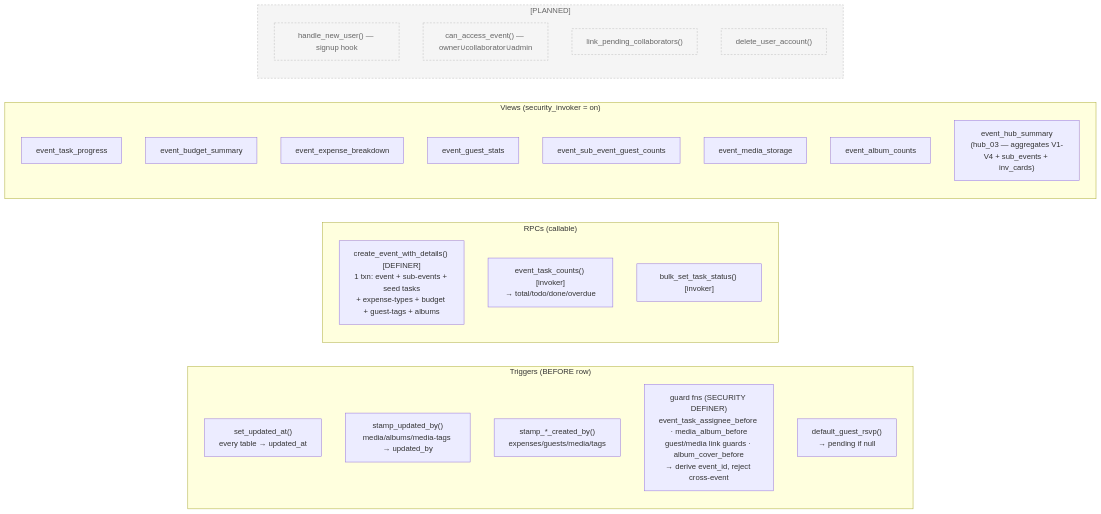
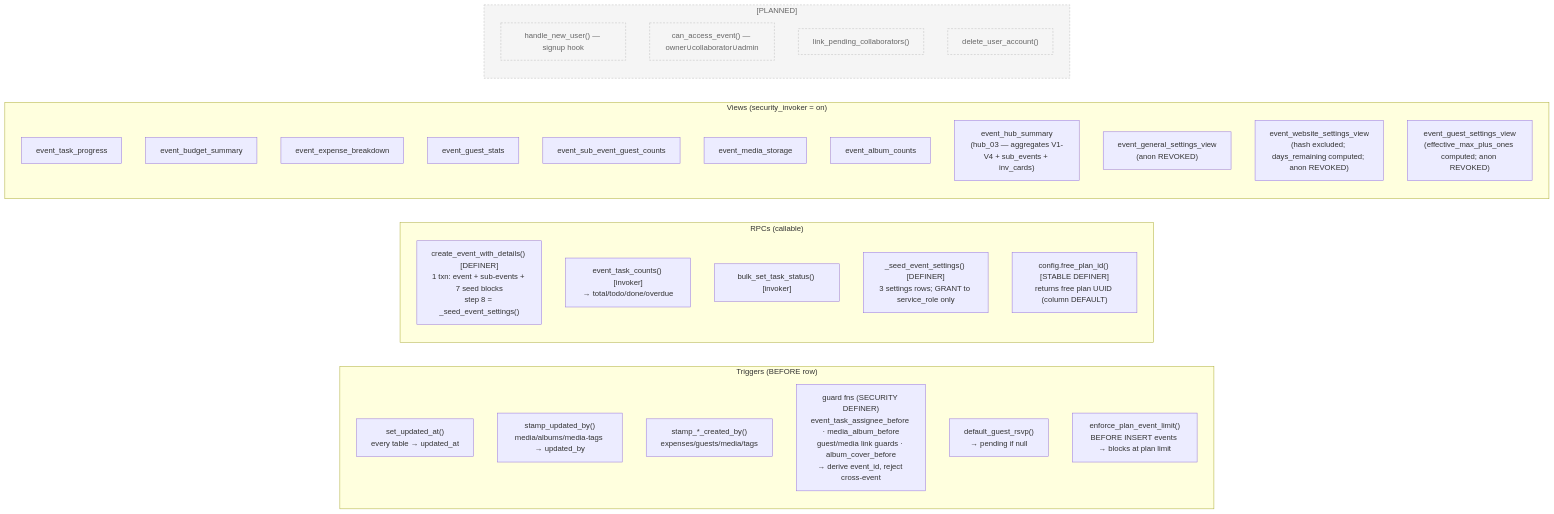
Before and after one commit to evenzi-official/Evenzi: the third of 6 diagrams in docs/data-model/ERD.md, drawn with Mermaid. The commit also changed other lines of this file and 1 other file, not shown here.

First line of the commit message:
docs(data-model): add Event Settings tables to ERD (D40-D48)

````diff
--- a/docs/data-model/ERD.md
+++ b/docs/data-model/ERD.md
@@ -606,41 +675,47 @@
 ```mermaid
 flowchart LR
   subgraph TRG["Triggers (BEFORE row)"]
     direction TB
     SUA["set_updated_at()<br/>every table → updated_at"]
     SUB["stamp_updated_by()<br/>media/albums/media-tags → updated_by"]
     STC["stamp_*_created_by()<br/>expenses/guests/media/tags"]
     GRD["guard fns (SECURITY DEFINER)<br/>event_task_assignee_before · media_album_before<br/>guest/media link guards · album_cover_before<br/>→ derive event_id, reject cross-event"]
     DRS["default_guest_rsvp()<br/>→ pending if null"]
+    EPL["enforce_plan_event_limit()<br/>BEFORE INSERT events → blocks at plan limit"]
   end
 
   subgraph RPC["RPCs (callable)"]
     direction TB
-    CE["create_event_with_details() [DEFINER]<br/>1 txn: event + sub-events + seed tasks<br/>+ expense-types + budget + guest-tags + albums"]
+    CE["create_event_with_details() [DEFINER]<br/>1 txn: event + sub-events + 7 seed blocks<br/>step 8 = _seed_event_settings()"]
     TC["event_task_counts() [invoker]<br/>→ total/todo/done/overdue"]
     BK["bulk_set_task_status() [invoker]"]
+    SE["_seed_event_settings() [DEFINER]<br/>3 settings rows; GRANT to service_role only"]
+    FP["config.free_plan_id() [STABLE DEFINER]<br/>returns free plan UUID (column DEFAULT)"]
   end
 
   subgraph VW["Views (security_invoker = on)"]
     direction TB
     V1["event_task_progress"]
     V2["event_budget_summary"]
     V3["event_expense_breakdown"]
     V4["event_guest_stats"]
     V5["event_sub_event_guest_counts"]
     V6["event_media_storage"]
     V7["event_album_counts"]
     V8["event_hub_summary<br/>(hub_03 — aggregates V1-V4 + sub_events + inv_cards)"]
+    V9["event_general_settings_view<br/>(anon REVOKED)"]
+    V10["event_website_settings_view<br/>(hash excluded; days_remaining computed; anon REVOKED)"]
+    V11["event_guest_settings_view<br/>(effective_max_plus_ones computed; anon REVOKED)"]
   end
 
   subgraph PLN["[PLANNED]"]
     direction TB
     P1["handle_new_user() — signup hook"]
     P2["can_access_event() — owner∪collaborator∪admin"]
     P3["link_pending_collaborators()"]
     P4["delete_user_account()"]
   end
 
   classDef planned fill:#f5f5f5,stroke:#bbb,stroke-dasharray:4 3,color:#666;
   class PLN,P1,P2,P3,P4 planned;
 ```
````
